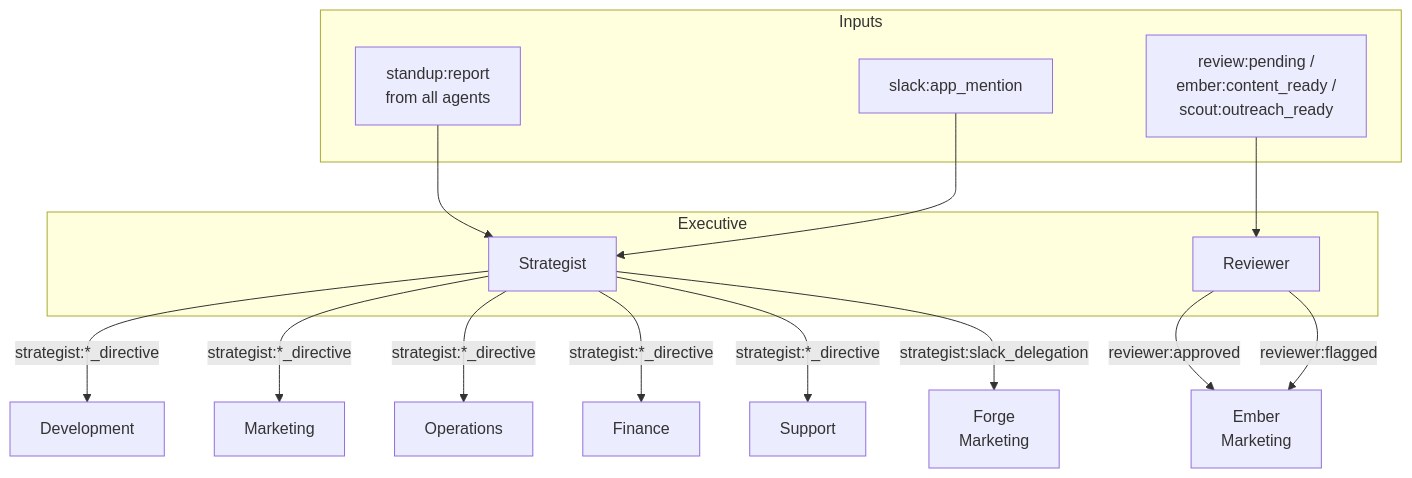
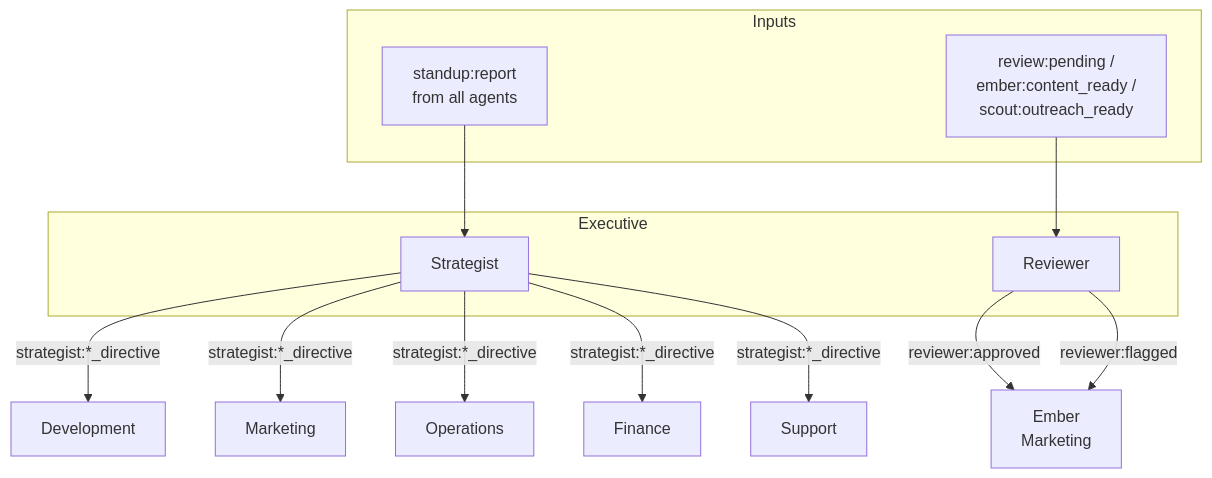
Before and after one commit to YClawAI/YClaw: the diagram in departments/executive/README.md, drawn with Mermaid. The commit also changed other lines of this file and 9 other files, not shown here.

````diff
--- a/departments/executive/README.md
+++ b/departments/executive/README.md
@@ -14,27 +14,24 @@
 ```mermaid
 flowchart TD
     subgraph Inputs
         STANDUPS[standup:report<br/>from all agents]
-        SLACK[slack:app_mention]
         CONTENT[review:pending /<br/>ember:content_ready /<br/>scout:outreach_ready]
     end
 
     subgraph Executive
         STRATEGIST[Strategist]
         REVIEWER[Reviewer]
     end
 
     STANDUPS --> STRATEGIST
-    SLACK --> STRATEGIST
 
     STRATEGIST -- strategist:*_directive --> DEV[Development]
     STRATEGIST -- strategist:*_directive --> MKT[Marketing]
     STRATEGIST -- strategist:*_directive --> OPS[Operations]
     STRATEGIST -- strategist:*_directive --> FIN[Finance]
     STRATEGIST -- strategist:*_directive --> SUP[Support]
-    STRATEGIST -- strategist:slack_delegation --> FORGE_MKT[Forge<br/>Marketing]
 
     CONTENT --> REVIEWER
     REVIEWER -- reviewer:approved --> EMBER[Ember<br/>Marketing]
     REVIEWER -- reviewer:flagged --> EMBER
 ```
````
